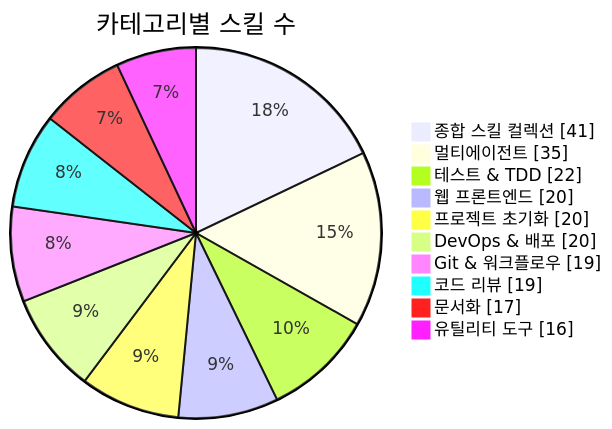
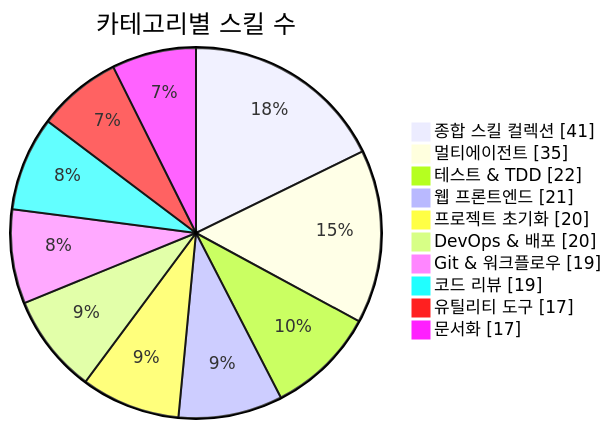
The first of 3 diagrams in README.md (J-nowcow/awesome-korean-agent-skills), drawn with Mermaid before and after one commit. The commit also changed other lines of this file and 7 other files, not shown here.

````diff
--- a/README.md
+++ b/README.md
@@ -176,14 +176,14 @@
 ```mermaid
 pie showData
     title 카테고리별 스킬 수
     "종합 스킬 컬렉션" : 41
     "멀티에이전트" : 35
     "테스트 & TDD" : 22
-    "웹 프론트엔드" : 20
+    "웹 프론트엔드" : 21
     "프로젝트 초기화" : 20
     "DevOps & 배포" : 20
     "Git & 워크플로우" : 19
     "코드 리뷰" : 19
+    "유틸리티 도구" : 17
     "문서화" : 17
-    "유틸리티 도구" : 16
 ```
````
